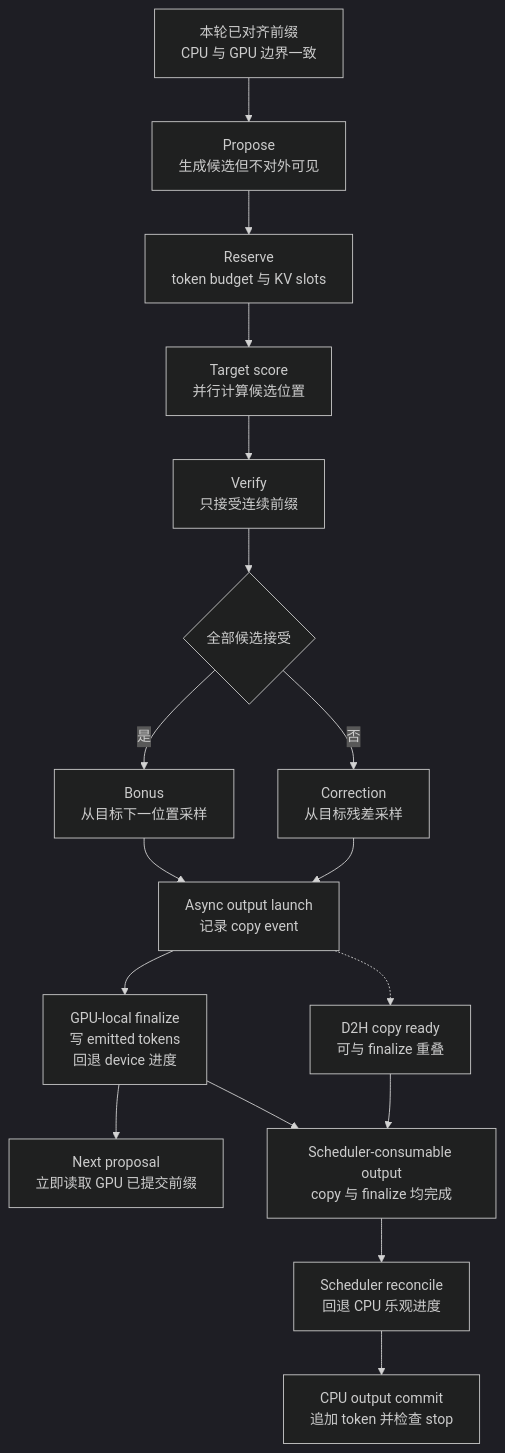
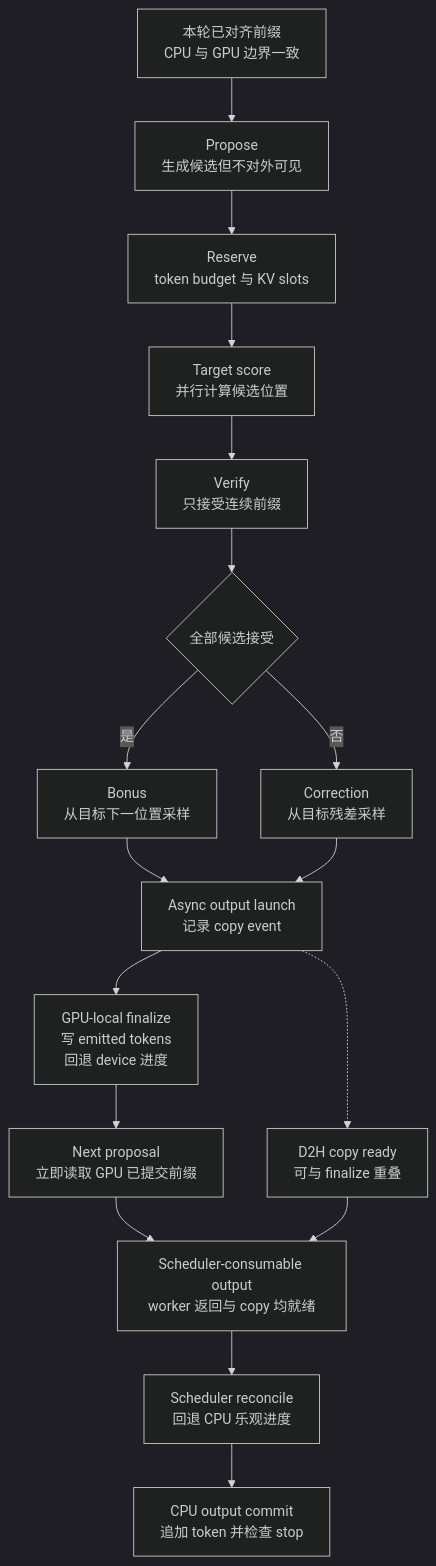
The diagram in wiki/02_engineering/03_infer_frameworks/vllm/20_vllm_speculative_decoding_analysis.md (suhaibo666/llm-knowledge), drawn with Mermaid (dark theme) before and after one commit. The commit also changed other lines of this file, not shown here.

Commit message:
docs(vllm): order proposal before output consumption

````diff
--- a/wiki/02_engineering/03_infer_frameworks/vllm/20_vllm_speculative_decoding_analysis.md
+++ b/wiki/02_engineering/03_infer_frameworks/vllm/20_vllm_speculative_decoding_analysis.md
@@ -49,19 +49,19 @@
 ```mermaid
 flowchart TB
     P["本轮已对齐前缀<br/>CPU 与 GPU 边界一致"] --> D["Propose<br/>生成候选但不对外可见"]
     D --> S["Reserve<br/>token budget 与 KV slots"]
     S --> T["Target score<br/>并行计算候选位置"]
     T --> V["Verify<br/>只接受连续前缀"]
     V --> Q{"全部候选接受"}
     Q -->|是| B["Bonus<br/>从目标下一位置采样"]
     Q -->|否| R["Correction<br/>从目标残差采样"]
     B --> E["Async output launch<br/>记录 copy event"]
     R --> E
     E --> G["GPU-local finalize<br/>写 emitted tokens<br/>回退 device 进度"]
     E -.-> O["D2H copy ready<br/>可与 finalize 重叠"]
     G --> N["Next proposal<br/>立即读取 GPU 已提交前缀"]
-    G --> W["Scheduler-consumable output<br/>copy 与 finalize 均完成"]
+    N --> W["Scheduler-consumable output<br/>worker 返回与 copy 均就绪"]
     O --> W
     W --> C["Scheduler reconcile<br/>回退 CPU 乐观进度"]
     C --> H["CPU output commit<br/>追加 token 并检查 stop"]
 ```
````
